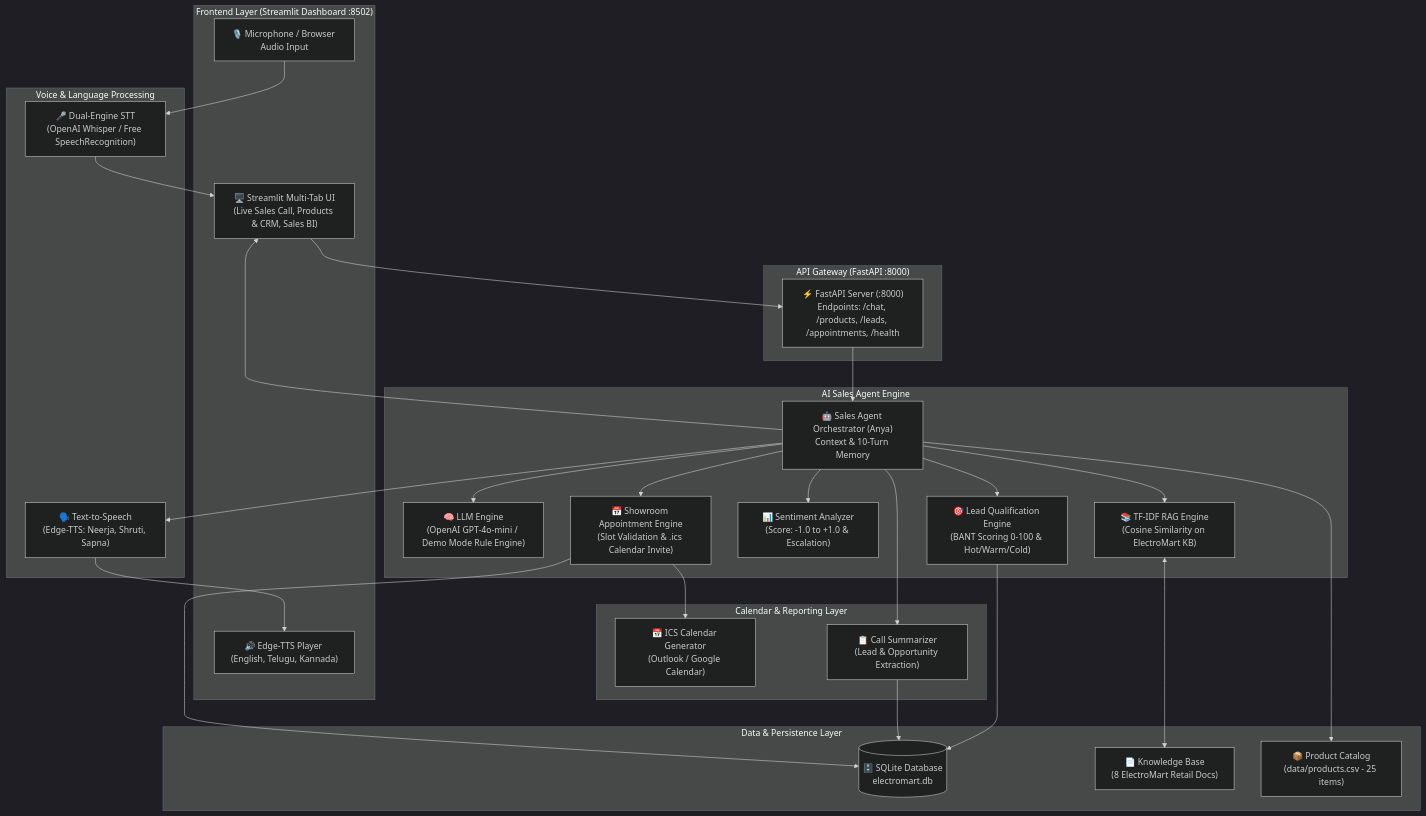
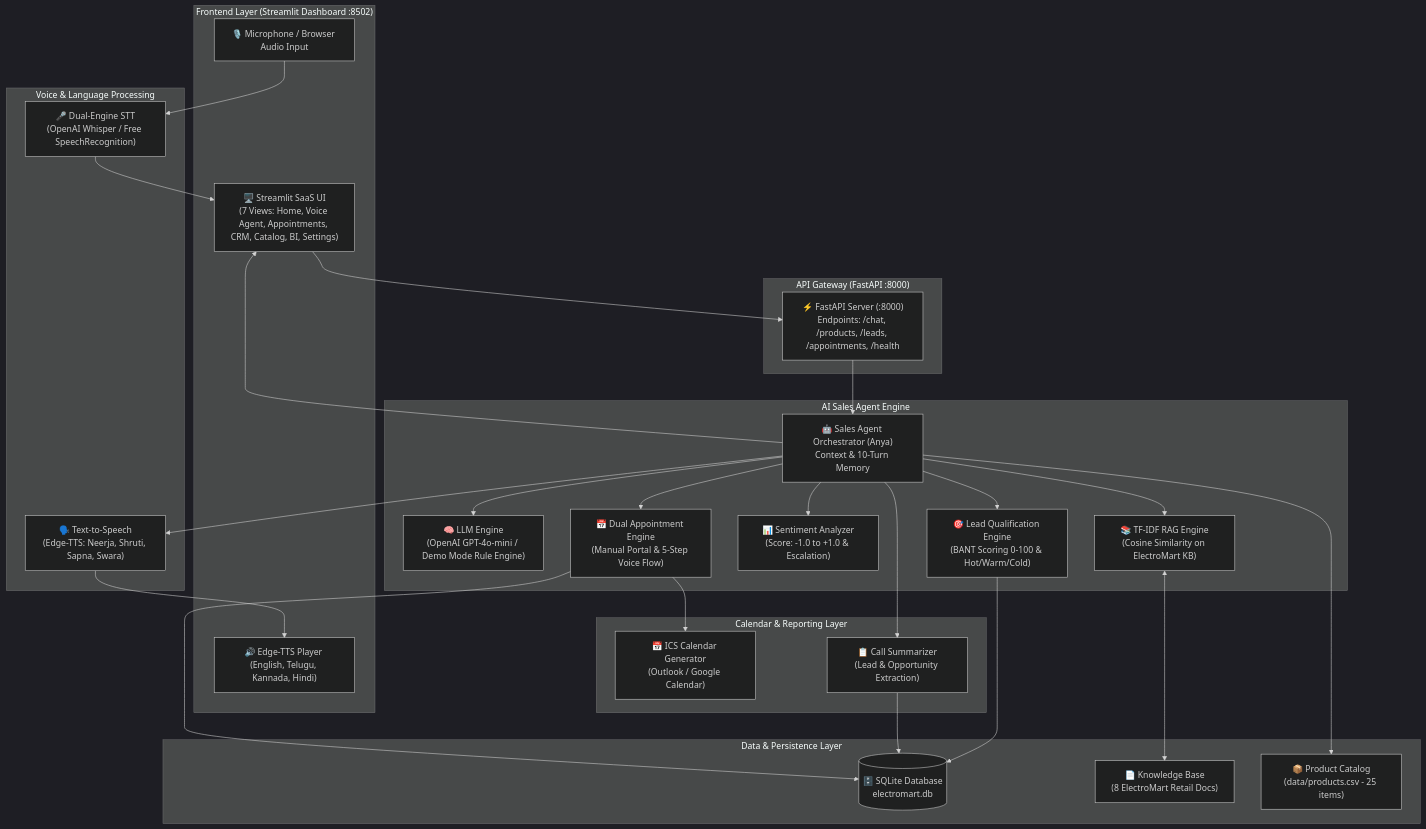
Before and after one commit to naren1408/AI-VOICE-AGENT: the diagram in architecture/system_architecture.md, drawn with Mermaid (dark theme). The commit also changed other lines of this file and 11 other files, not shown here.

Commit message:
docs: modernize all documentation, report, and diagram files to 100% reflect current system

````diff
--- a/architecture/system_architecture.md
+++ b/architecture/system_architecture.md
@@ -5,61 +5,61 @@
 ```mermaid
 flowchart TD
     subgraph ClientLayer["Frontend Layer (Streamlit Dashboard :8502)"]
-        UI["🖥️ Streamlit Multi-Tab UI\n(Live Sales Call, Products & CRM, Sales BI)"]
+        UI["🖥️ Streamlit SaaS UI\n(7 Views: Home, Voice Agent, Appointments, CRM, Catalog, BI, Settings)"]
         AudioInput["🎙️ Microphone / Browser Audio Input"]
-        AudioPlayer["🔊 Edge-TTS Player (English, Telugu, Kannada)"]
+        AudioPlayer["🔊 Edge-TTS Player (English, Telugu, Kannada, Hindi)"]
     end
 
     subgraph APILayer["API Gateway (FastAPI :8000)"]
         FastAPI["⚡ FastAPI Server (:8000)\nEndpoints: /chat, /products, /leads, /appointments, /health"]
     end
 
     subgraph VoicePipeline["Voice & Language Processing"]
         STT["🎤 Dual-Engine STT\n(OpenAI Whisper / Free SpeechRecognition)"]
-        TTS["🗣️ Text-to-Speech\n(Edge-TTS: Neerja, Shruti, Sapna)"]
+        TTS["🗣️ Text-to-Speech\n(Edge-TTS: Neerja, Shruti, Sapna, Swara)"]
     end
 
     subgraph CoreAgent["AI Sales Agent Engine"]
         Agent["🤖 Sales Agent Orchestrator (Anya)\nContext & 10-Turn Memory"]
         LLM["🧠 LLM Engine\n(OpenAI GPT-4o-mini / Demo Mode Rule Engine)"]
         RAG["📚 TF-IDF RAG Engine\n(Cosine Similarity on ElectroMart KB)"]
         Sentiment["📊 Sentiment Analyzer\n(Score: -1.0 to +1.0 & Escalation)"]
         LeadScoring["🎯 Lead Qualification Engine\n(BANT Scoring 0-100 & Hot/Warm/Cold)"]
-        ApptBooking["📅 Showroom Appointment Engine\n(Slot Validation & .ics Calendar Invite)"]
+        ApptBooking["📅 Dual Appointment Engine\n(Manual Portal & 5-Step Voice Flow)"]
     end
 
     subgraph StorageLayer["Data & Persistence Layer"]
         DB[(🗄️ SQLite Database\nelectromart.db)]
         KBFile["📄 Knowledge Base\n(8 ElectroMart Retail Docs)"]
         CatalogFile["📦 Product Catalog\n(data/products.csv - 25 items)"]
     end
 
     subgraph Integrations["Calendar & Reporting Layer"]
         ICS["📅 ICS Calendar Generator\n(Outlook / Google Calendar)"]
         Summary["📋 Call Summarizer\n(Lead & Opportunity Extraction)"]
     end
 
     %% Data Flow
     AudioInput --> STT
     STT --> UI
     UI --> FastAPI
     FastAPI --> Agent
 
     Agent --> RAG
     RAG <--> KBFile
     Agent --> CatalogFile
     Agent --> LLM
     Agent --> Sentiment
     Agent --> LeadScoring
     Agent --> ApptBooking
 
     ApptBooking --> DB
     ApptBooking --> ICS
     Agent --> Summary
     Summary --> DB
     LeadScoring --> DB
 
     Agent --> TTS
     TTS --> AudioPlayer
     Agent --> UI
 ```
````
